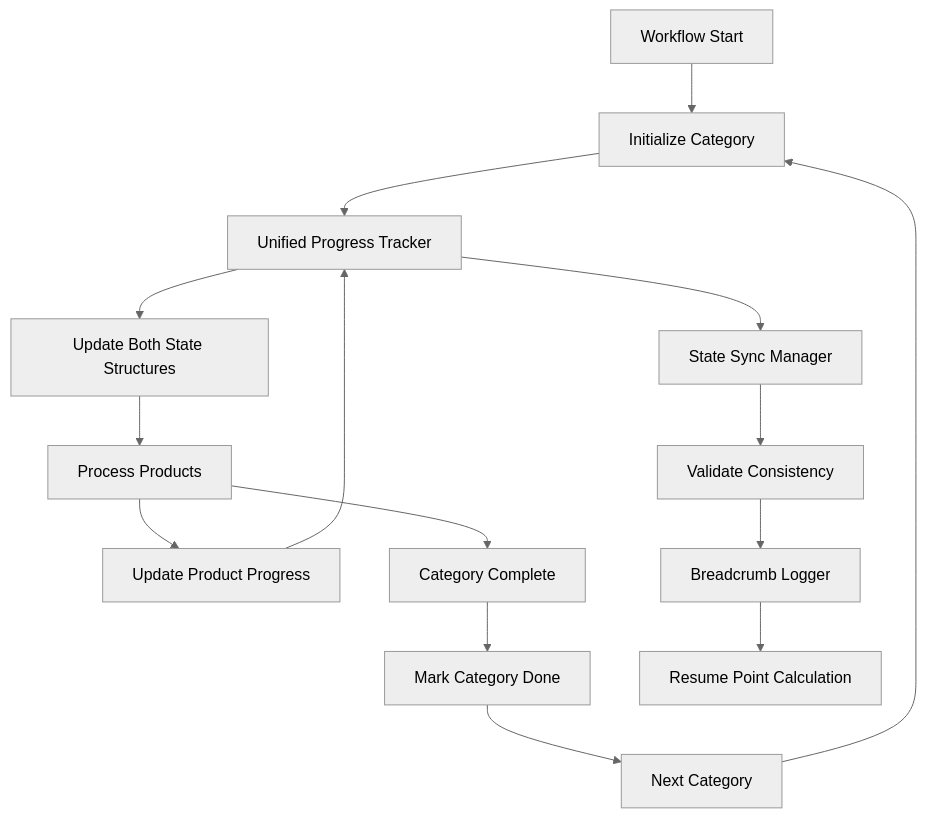
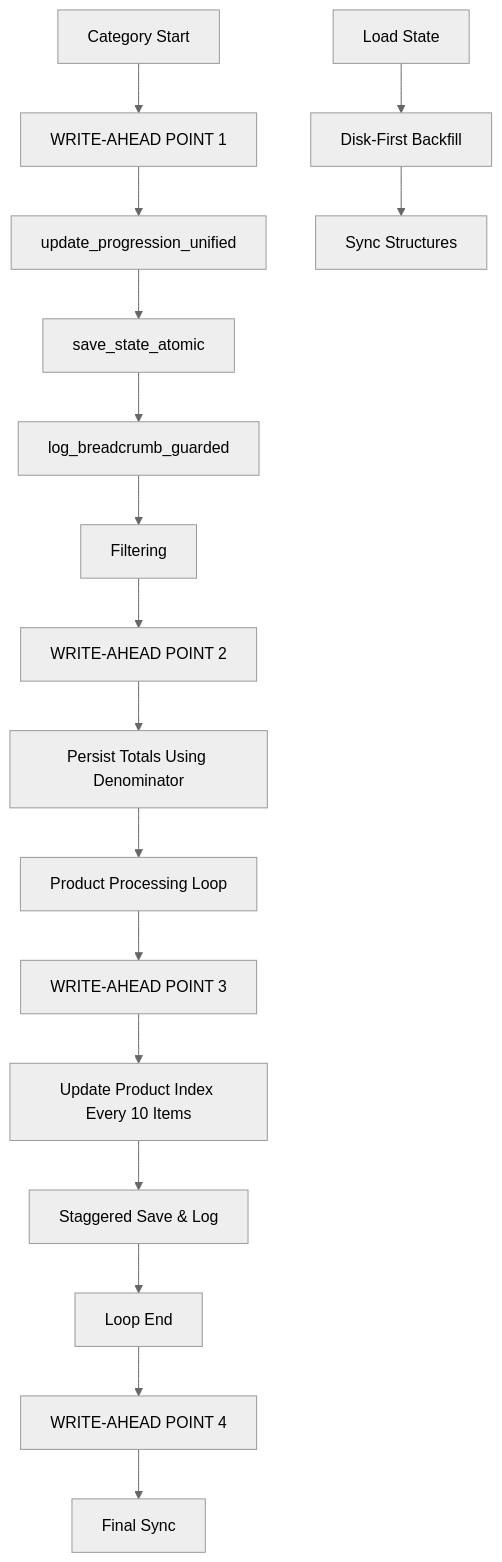
Before and after one commit to chri75252/complete-fba: the diagram in .kiro/specs/breadcrumb-resumption-fixes/design.md, drawn with Mermaid (neutral theme). The commit also changed other lines of this file and 153 other files, not shown here.

````diff
--- a/.kiro/specs/breadcrumb-resumption-fixes/design.md
+++ b/.kiro/specs/breadcrumb-resumption-fixes/design.md
@@ -19,18 +43,20 @@
 ```mermaid
 graph TD
-    A[Workflow Start] --> B[Initialize Category]
-    B --> C[Unified Progress Tracker]
-    C --> D[Update Both State Structures]
-    D --> E[Process Products]
-    E --> F[Update Product Progress]
-    F --> C
-    E --> G[Category Complete]
-    G --> H[Mark Category Done]
-    H --> I[Next Category]
-    I --> B
+    A[Category Start] --> B[WRITE-AHEAD POINT 1]
+    B --> C[update_progression_unified]
+    C --> D[save_state_atomic]
+    D --> E[log_breadcrumb_guarded]
+    E --> F[Filtering]
+    F --> G[WRITE-AHEAD POINT 2]
+    G --> H[Persist Totals Using Denominator]
+    H --> I[Product Processing Loop]
+    I --> J[WRITE-AHEAD POINT 3]
+    J --> K[Update Product Index Every 10 Items]
+    K --> L[Staggered Save & Log]
+    L --> M[Loop End]
+    M --> N[WRITE-AHEAD POINT 4]
+    N --> O[Final Sync]
     
-    C --> J[State Sync Manager]
-    J --> K[Validate Consistency]
-    K --> L[Breadcrumb Logger]
-    L --> M[Resume Point Calculation]
+    P[Load State] --> Q[Disk-First Backfill]
+    Q --> R[Sync Structures]
 ```
````
